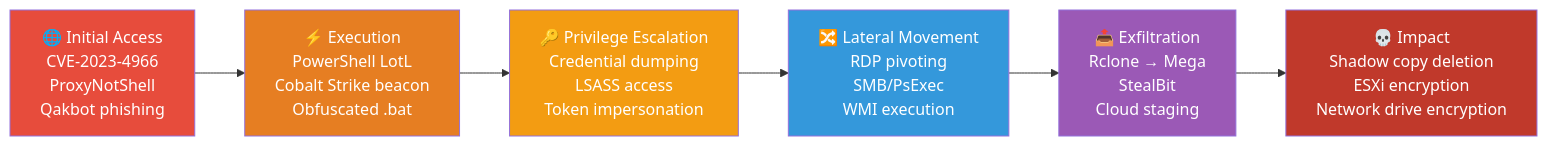
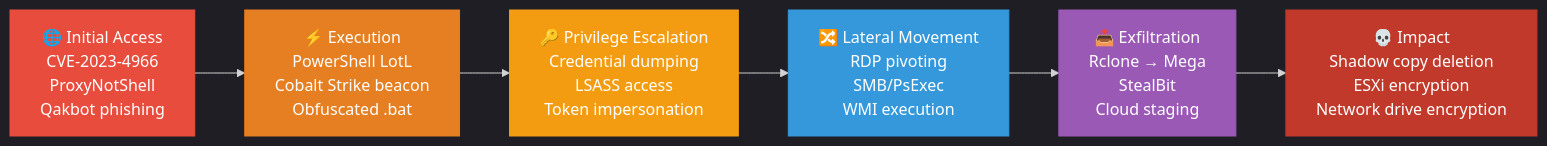
One commit to depalmar/AI-Powered-Ransomware-Intelligence-Agent changed the eighth of 8 diagrams in examples/Ransomware_Threat_Brief_Sample.md. Above: the diagram before and after it, drawn with Mermaid. The commit also changed other lines of this file, not shown here.

First line of the commit message:
fix: optimize markdown Mermaid diagrams for Cursor dark theme preview

````diff
--- a/examples/Ransomware_Threat_Brief_Sample.md
+++ b/examples/Ransomware_Threat_Brief_Sample.md
@@ -357,15 +302,16 @@
 ```mermaid
+%%{init: {'theme': 'dark'}}%%
 flowchart LR
     A["🌐 Initial Access<br/>CVE-2023-4966<br/>ProxyNotShell<br/>Qakbot phishing"] --> B["⚡ Execution<br/>PowerShell LotL<br/>Cobalt Strike beacon<br/>Obfuscated .bat"]
     B --> C["🔑 Privilege Escalation<br/>Credential dumping<br/>LSASS access<br/>Token impersonation"]
     C --> D["🔀 Lateral Movement<br/>RDP pivoting<br/>SMB/PsExec<br/>WMI execution"]
     D --> E["📤 Exfiltration<br/>Rclone → Mega<br/>StealBit<br/>Cloud staging"]
     E --> F["💀 Impact<br/>Shadow copy deletion<br/>ESXi encryption<br/>Network drive encryption"]
 
-    style A fill:#e74c3c,color:#fff
-    style B fill:#e67e22,color:#fff
-    style C fill:#f39c12,color:#fff
-    style D fill:#3498db,color:#fff
-    style E fill:#9b59b6,color:#fff
-    style F fill:#c0392b,color:#fff
+    style A fill:#e74c3c,color:#fff,stroke:#e74c3c
+    style B fill:#e67e22,color:#fff,stroke:#e67e22
+    style C fill:#f39c12,color:#fff,stroke:#f39c12
+    style D fill:#3498db,color:#fff,stroke:#3498db
+    style E fill:#9b59b6,color:#fff,stroke:#9b59b6
+    style F fill:#c0392b,color:#fff,stroke:#c0392b
 ```
````
